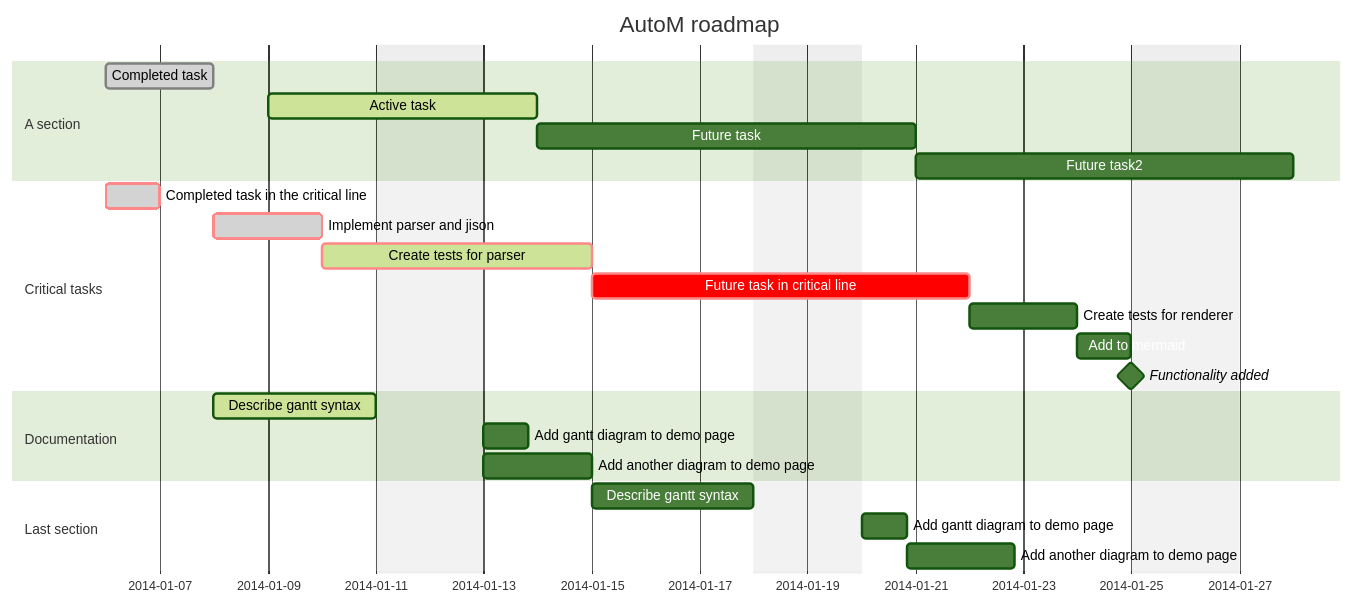
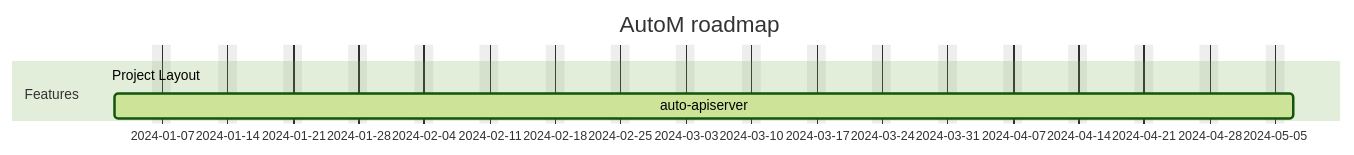
Before and after one commit to atompi/autom: the diagram in docs/roadmap.md, drawn with Mermaid (forest theme).

````diff
--- a/docs/roadmap.md
+++ b/docs/roadmap.md
@@ -3,32 +3,11 @@
 ```mermaid
 gantt
     dateFormat  YYYY-MM-DD
     title       AutoM roadmap
     excludes    weekends
     %% (`excludes` accepts specific dates in YYYY-MM-DD format, days of the week ("sunday") or "weekends", but not the word "weekdays".)
 
-    section A section
-    Completed task            :done,    des1, 2014-01-06,2014-01-08
-    Active task               :active,  des2, 2014-01-09, 3d
-    Future task               :         des3, after des2, 5d
-    Future task2              :         des4, after des3, 5d
-
-    section Critical tasks
-    Completed task in the critical line :crit, done, 2014-01-06,24h
-    Implement parser and jison          :crit, done, after des1, 2d
-    Create tests for parser             :crit, active, 3d
-    Future task in critical line        :crit, 5d
-    Create tests for renderer           :2d
-    Add to mermaid                      :1d
-    Functionality added                 :milestone, 2014-01-25, 0d
-
-    section Documentation
-    Describe gantt syntax               :active, a1, after des1, 3d
-    Add gantt diagram to demo page      :after a1  , 20h
-    Add another diagram to demo page    :doc1, after a1  , 48h
-
-    section Last section
-    Describe gantt syntax               :after doc1, 3d
-    Add gantt diagram to demo page      :20h
-    Add another diagram to demo page    :48h
+    section Features
+    Project Layout            :done,    des1, 2024-01-01,2024-01-01
+    auto-apiserver            :active,  des2, 2024-01-02, 90d
 ```
````
